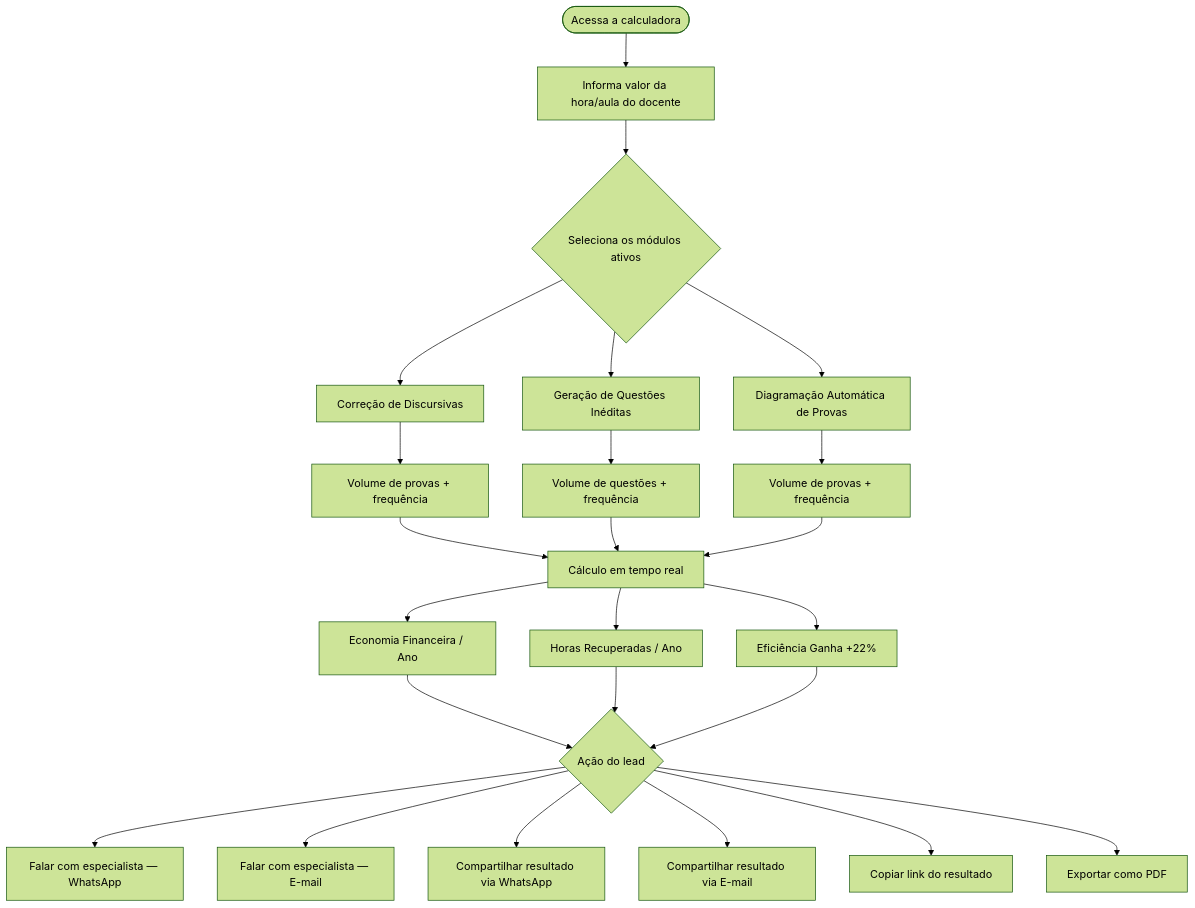
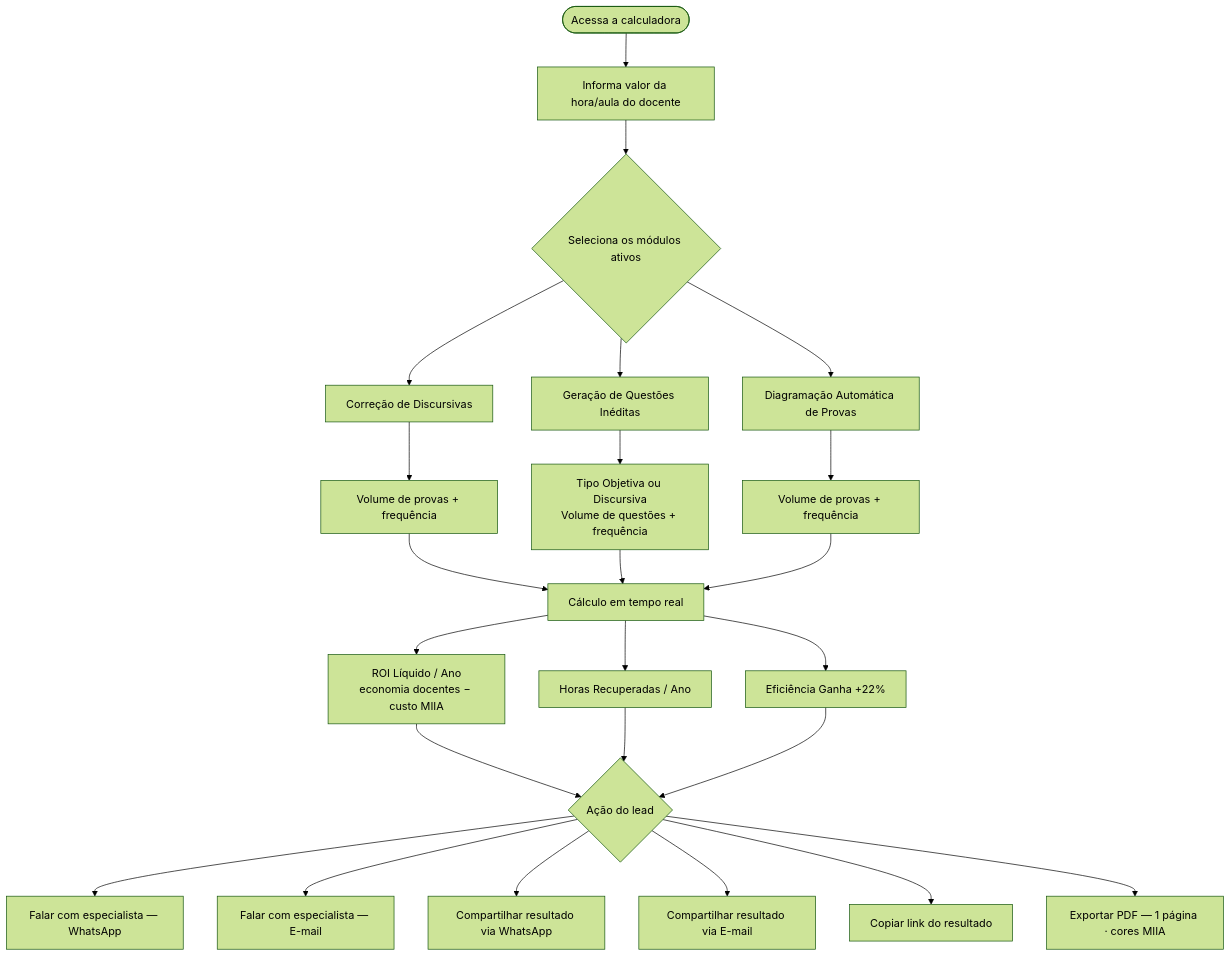
The first of 4 diagrams in README.md (Gustavo130803/calculadora-miia), drawn with Mermaid (forest theme) before and after one commit. The commit also changed other lines of this file, not shown here.

Commit message:
docs: README com tabelas de preço MIIA e diagrama de ROI líquido

````diff
--- a/README.md
+++ b/README.md
@@ -11,28 +11,28 @@
 ```mermaid
 flowchart TD
     A([Acessa a calculadora]) --> B[Informa valor da hora/aula do docente]
     B --> C{Seleciona os módulos ativos}
 
     C --> D[Correção de Discursivas]
     C --> E[Geração de Questões Inéditas]
     C --> F[Diagramação Automática de Provas]
 
     D --> D1[Volume de provas + frequência]
-    E --> E1[Volume de questões + frequência]
+    E --> E1[Tipo Objetiva ou Discursiva\nVolume de questões + frequência]
     F --> F1[Volume de provas + frequência]
 
     D1 & E1 & F1 --> G[Cálculo em tempo real]
 
-    G --> H1[Economia Financeira / Ano]
+    G --> H1[ROI Líquido / Ano\neconomia docentes − custo MIIA]
     G --> H2[Horas Recuperadas / Ano]
     G --> H3[Eficiência Ganha +22%]
 
     H1 & H2 & H3 --> I{Ação do lead}
 
     I --> J1[Falar com especialista — WhatsApp]
     I --> J2[Falar com especialista — E-mail]
     I --> J3[Compartilhar resultado via WhatsApp]
     I --> J4[Compartilhar resultado via E-mail]
     I --> J5[Copiar link do resultado]
-    I --> J6[Exportar como PDF]
+    I --> J6[Exportar PDF — 1 página · cores MIIA]
 ```
````
